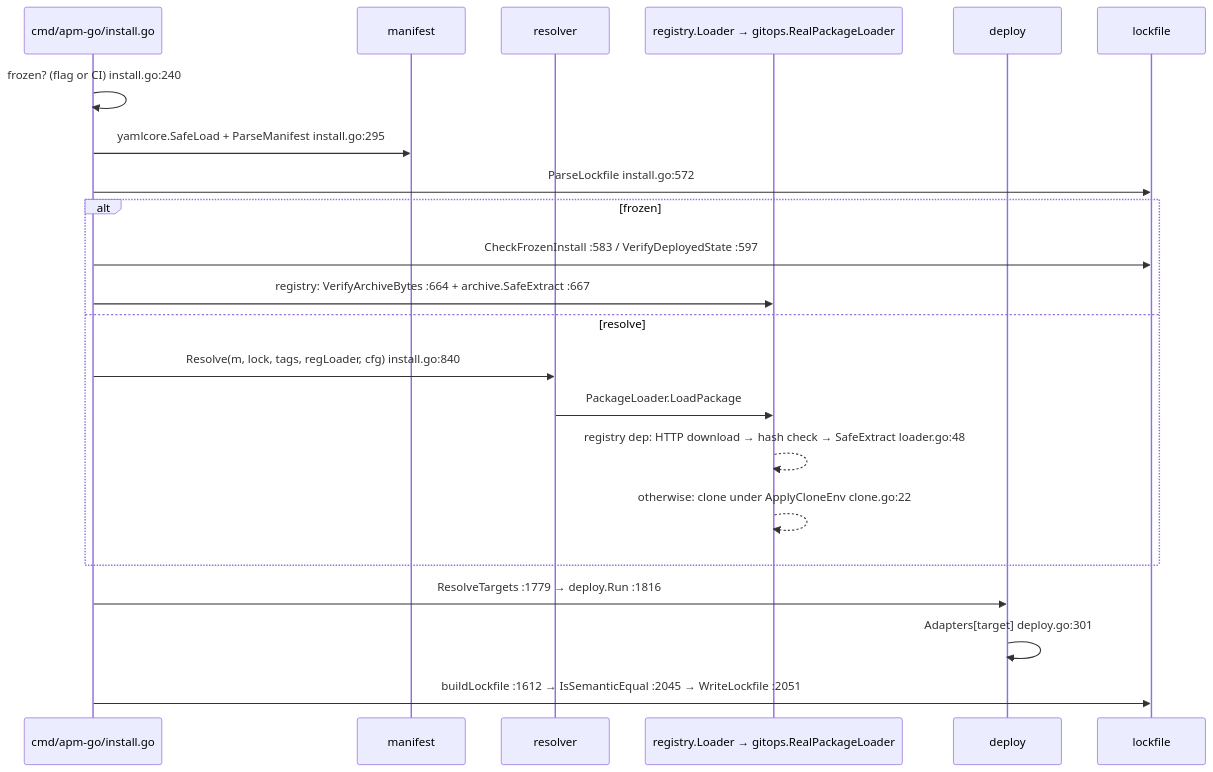
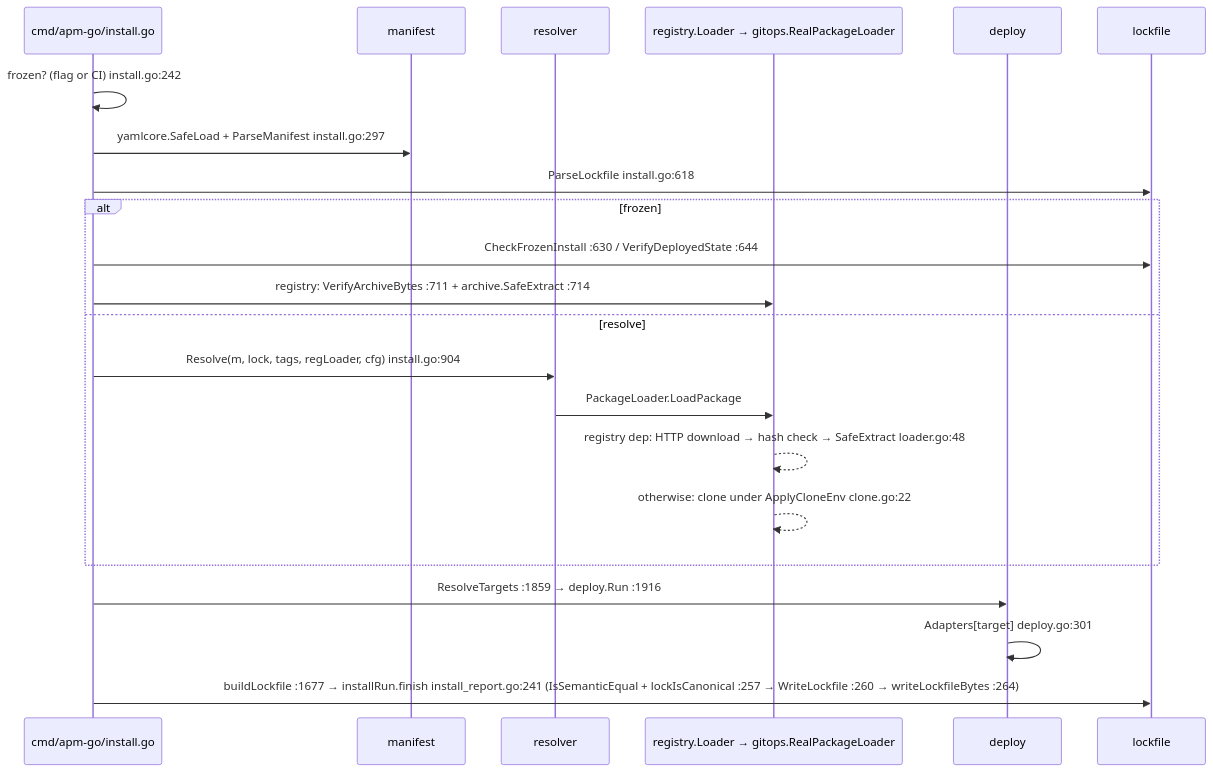
One commit to gn00678465/apm-go changed the second of 4 diagrams in ARCHITECTURE.md. Above: the diagram before and after it, drawn with Mermaid. The commit also changed other lines of this file and 124 other files, not shown here.

First line of the commit message:
fix: install、uninstall、compile、install --mcp 的輸出與 lock 對齊 Oracle，五個擱置案例回到 parity gate

````diff
--- a/ARCHITECTURE.md
+++ b/ARCHITECTURE.md
@@ -80,24 +80,24 @@
 ```mermaid
 sequenceDiagram
   participant C as cmd/apm-go/install.go
   participant M as manifest
   participant R as resolver
   participant L as registry.Loader → gitops.RealPackageLoader
   participant D as deploy
   participant K as lockfile
-  C->>C: frozen? (flag or CI) install.go:240
-  C->>M: yamlcore.SafeLoad + ParseManifest install.go:295
-  C->>K: ParseLockfile install.go:572
+  C->>C: frozen? (flag or CI) install.go:242
+  C->>M: yamlcore.SafeLoad + ParseManifest install.go:297
+  C->>K: ParseLockfile install.go:618
   alt frozen
-    C->>K: CheckFrozenInstall :583 / VerifyDeployedState :597
-    C->>L: registry: VerifyArchiveBytes :664 + archive.SafeExtract :667
+    C->>K: CheckFrozenInstall :630 / VerifyDeployedState :644
+    C->>L: registry: VerifyArchiveBytes :711 + archive.SafeExtract :714
   else resolve
-    C->>R: Resolve(m, lock, tags, regLoader, cfg) install.go:840
+    C->>R: Resolve(m, lock, tags, regLoader, cfg) install.go:904
     R->>L: PackageLoader.LoadPackage
     L-->>L: registry dep: HTTP download → hash check → SafeExtract loader.go:48
     L-->>L: otherwise: clone under ApplyCloneEnv clone.go:22
   end
-  C->>D: ResolveTargets :1779 → deploy.Run :1816
+  C->>D: ResolveTargets :1859 → deploy.Run :1916
   D->>D: Adapters[target] deploy.go:301
-  C->>K: buildLockfile :1612 → IsSemanticEqual :2045 → WriteLockfile :2051
+  C->>K: buildLockfile :1677 → installRun.finish install_report.go:241 (IsSemanticEqual + lockIsCanonical :257 → WriteLockfile :260 → writeLockfileBytes :264)
 ```
````
